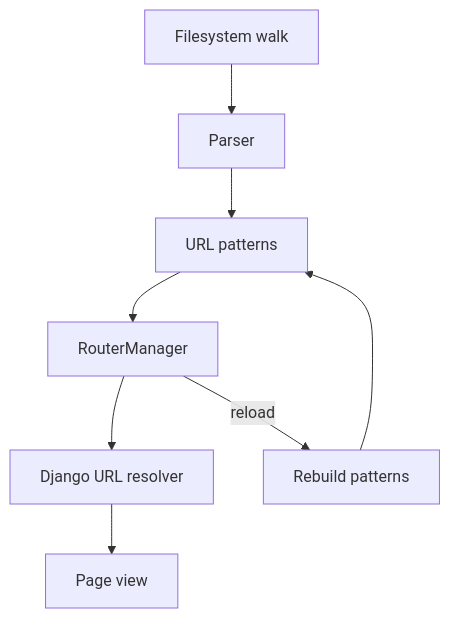
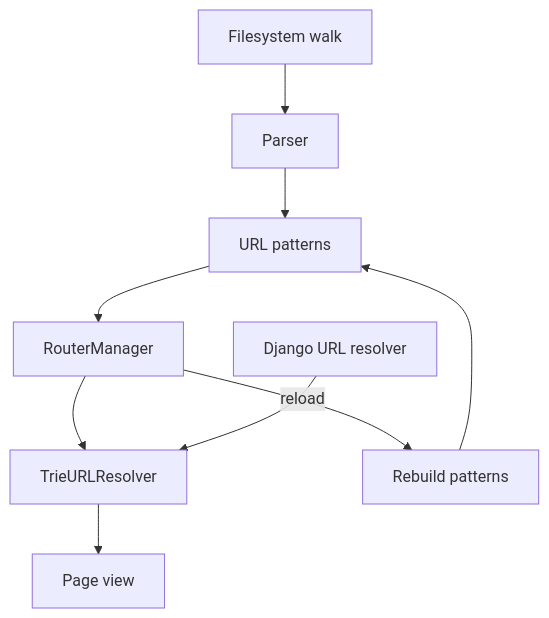
One commit to next-dj/next-dj changed the diagram in docs/content/internals/url-router.rst. Above: the diagram before and after it, drawn with Mermaid. The commit also changed other lines of this file and 27 other files, not shown here.

```diff
--- a/docs/content/internals/url-router.rst
+++ b/docs/content/internals/url-router.rst
@@ -21,10 +21,11 @@
 .. mermaid::
 
    flowchart TB
        Walk[Filesystem walk] --> Parser[Parser]
        Parser --> Patterns[URL patterns]
        Patterns --> Manager[RouterManager]
-       Manager --> Resolver[Django URL resolver]
-       Resolver --> PageView[Page view]
+       Manager --> Trie[TrieURLResolver]
+       Resolver[Django URL resolver] --> Trie
+       Trie --> PageView[Page view]
        Manager -- reload --> Reload[Rebuild patterns]
        Reload --> Patterns
```
